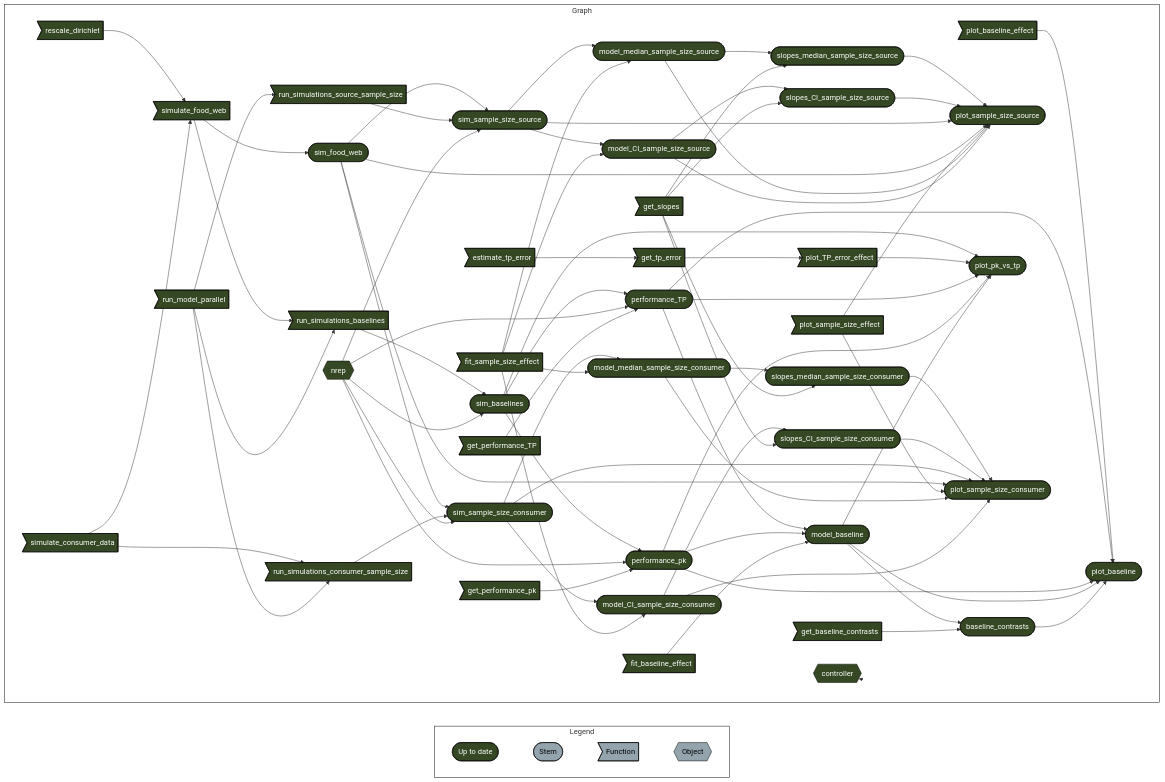
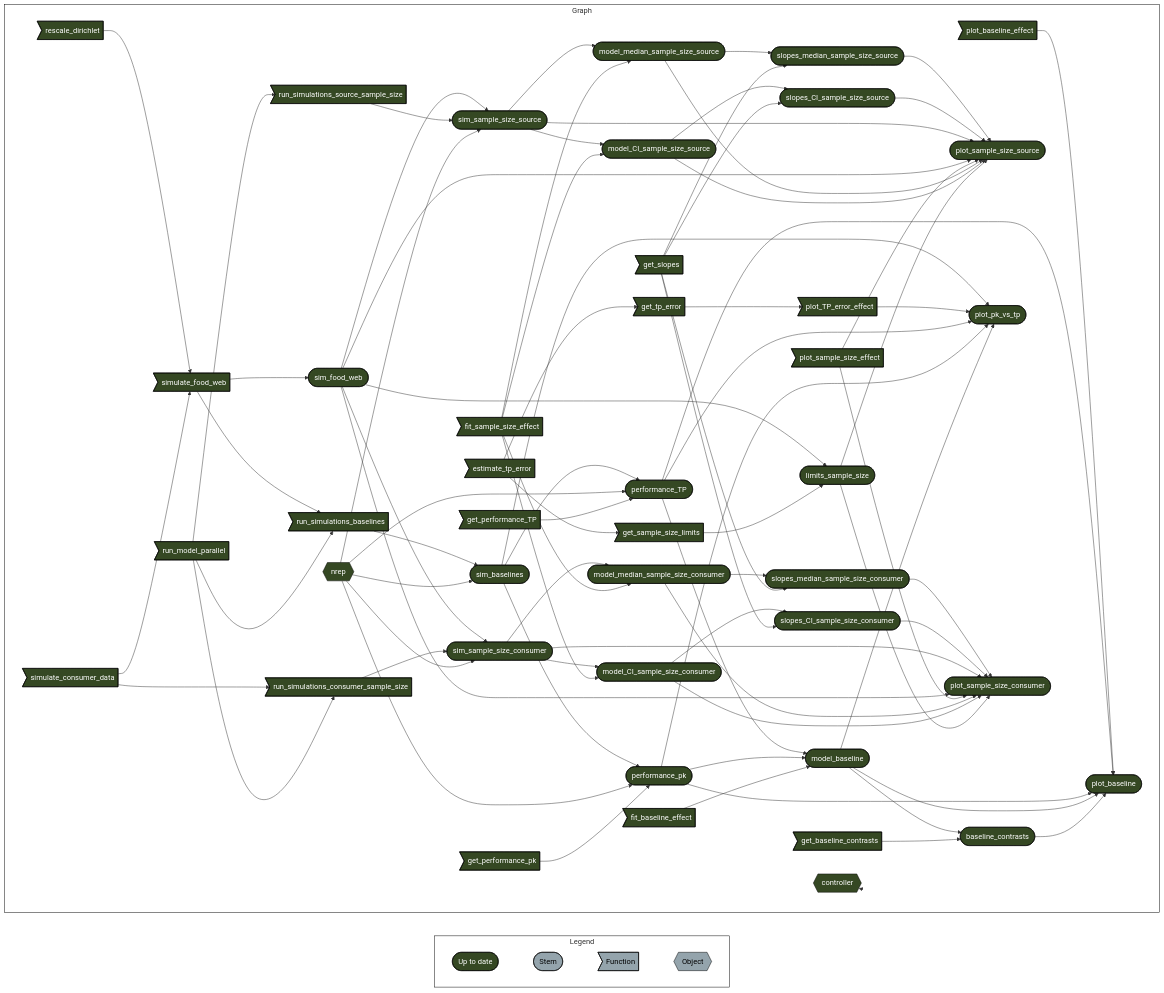
One commit to mattiaghilardi/SIMMmultitroph_simulations changed the diagram in README.md. Above: the diagram before and after it, drawn with Mermaid. The commit also changed 4 other files, not shown here.

Commit message:
Add analytical convergence limits for fixed samples to sample-size figures

````diff
--- a/README.md
+++ b/README.md
@@ -162,13 +162,14 @@
   end
   subgraph Graph
     direction LR
+    x21ac55773aa00ff7>"estimate_tp_error"]:::uptodate --> x4f64251e341dc26d>"get_sample_size_limits"]:::uptodate
+    x21ac55773aa00ff7>"estimate_tp_error"]:::uptodate --> x89aa6a1b0bb00997>"get_tp_error"]:::uptodate
     xf48d3b6327a7cf5e>"run_model_parallel"]:::uptodate --> x28f1d3113c9459b8>"run_simulations_baselines"]:::uptodate
     xf48d3b6327a7cf5e>"run_model_parallel"]:::uptodate --> x47a8a2aae50632f3>"run_simulations_source_sample_size"]:::uptodate
     xf48d3b6327a7cf5e>"run_model_parallel"]:::uptodate --> x6db4d56f639e323d>"run_simulations_consumer_sample_size"]:::uptodate
     x591bcbf82eb648c3>"simulate_food_web"]:::uptodate --> x28f1d3113c9459b8>"run_simulations_baselines"]:::uptodate
     xc69bd914436bb0ef>"simulate_consumer_data"]:::uptodate --> x591bcbf82eb648c3>"simulate_food_web"]:::uptodate
     xc69bd914436bb0ef>"simulate_consumer_data"]:::uptodate --> x6db4d56f639e323d>"run_simulations_consumer_sample_size"]:::uptodate
-    x21ac55773aa00ff7>"estimate_tp_error"]:::uptodate --> x89aa6a1b0bb00997>"get_tp_error"]:::uptodate
     x6d92743533cfd8a6>"rescale_dirichlet"]:::uptodate --> x591bcbf82eb648c3>"simulate_food_web"]:::uptodate
     x89aa6a1b0bb00997>"get_tp_error"]:::uptodate --> xc786b5ea9d63b9c5>"plot_TP_error_effect"]:::uptodate
     x947713c23b367de6>"get_baseline_contrasts"]:::uptodate --> x7c75abec967e9944(["baseline_contrasts"]):::uptodate
@@ -178,6 +179,7 @@
     xb36606d044598292{{"nrep"}}:::uptodate --> xeed5bb8f0b7988df(["sim_sample_size_source"]):::uptodate
     x47a8a2aae50632f3>"run_simulations_source_sample_size"]:::uptodate --> xeed5bb8f0b7988df(["sim_sample_size_source"]):::uptodate
     xedfdc913389bf9d2(["sim_food_web"]):::uptodate --> xeed5bb8f0b7988df(["sim_sample_size_source"]):::uptodate
+    x19b486c6d52115c7(["limits_sample_size"]):::uptodate --> x1606860f46586235(["plot_sample_size_source"]):::uptodate
     xe296b01090e4e986(["model_CI_sample_size_source"]):::uptodate --> x1606860f46586235(["plot_sample_size_source"]):::uptodate
     x94cc20dcbe89a450(["model_median_sample_size_source"]):::uptodate --> x1606860f46586235(["plot_sample_size_source"]):::uptodate
     x078b6b9033d458ed>"plot_sample_size_effect"]:::uptodate --> x1606860f46586235(["plot_sample_size_source"]):::uptodate
@@ -219,9 +221,12 @@
     xeed5bb8f0b7988df(["sim_sample_size_source"]):::uptodate --> x94cc20dcbe89a450(["model_median_sample_size_source"]):::uptodate
     x692c828a4b14e9e4>"get_slopes"]:::uptodate --> x739b3428d6a79fd4(["slopes_CI_sample_size_source"]):::uptodate
     xe296b01090e4e986(["model_CI_sample_size_source"]):::uptodate --> x739b3428d6a79fd4(["slopes_CI_sample_size_source"]):::uptodate
+    x4f64251e341dc26d>"get_sample_size_limits"]:::uptodate --> x19b486c6d52115c7(["limits_sample_size"]):::uptodate
+    xedfdc913389bf9d2(["sim_food_web"]):::uptodate --> x19b486c6d52115c7(["limits_sample_size"]):::uptodate
     x591bcbf82eb648c3>"simulate_food_web"]:::uptodate --> xedfdc913389bf9d2(["sim_food_web"]):::uptodate
     xb36606d044598292{{"nrep"}}:::uptodate --> x5731469b81dfc1b5(["sim_baselines"]):::uptodate
     x28f1d3113c9459b8>"run_simulations_baselines"]:::uptodate --> x5731469b81dfc1b5(["sim_baselines"]):::uptodate
+    x19b486c6d52115c7(["limits_sample_size"]):::uptodate --> x1fc30f50d0051e95(["plot_sample_size_consumer"]):::uptodate
     x624dfa16887e8437(["model_CI_sample_size_consumer"]):::uptodate --> x1fc30f50d0051e95(["plot_sample_size_consumer"]):::uptodate
     x43d5dd88718ec163(["model_median_sample_size_consumer"]):::uptodate --> x1fc30f50d0051e95(["plot_sample_size_consumer"]):::uptodate
     x078b6b9033d458ed>"plot_sample_size_effect"]:::uptodate --> x1fc30f50d0051e95(["plot_sample_size_consumer"]):::uptodate
@@ -238,5 +243,5 @@
   linkStyle 0 stroke-width:0px;
   linkStyle 1 stroke-width:0px;
   linkStyle 2 stroke-width:0px;
-  linkStyle 72 stroke-width:0px;
+  linkStyle 77 stroke-width:0px;
 ```
````
